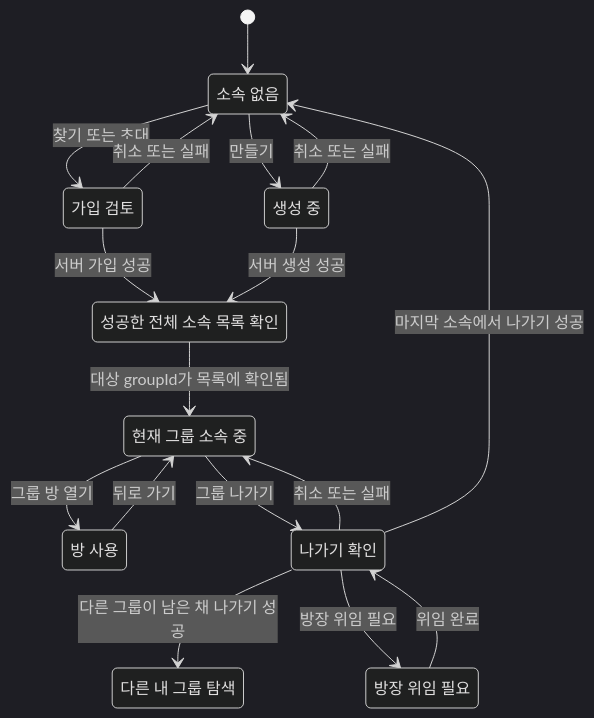
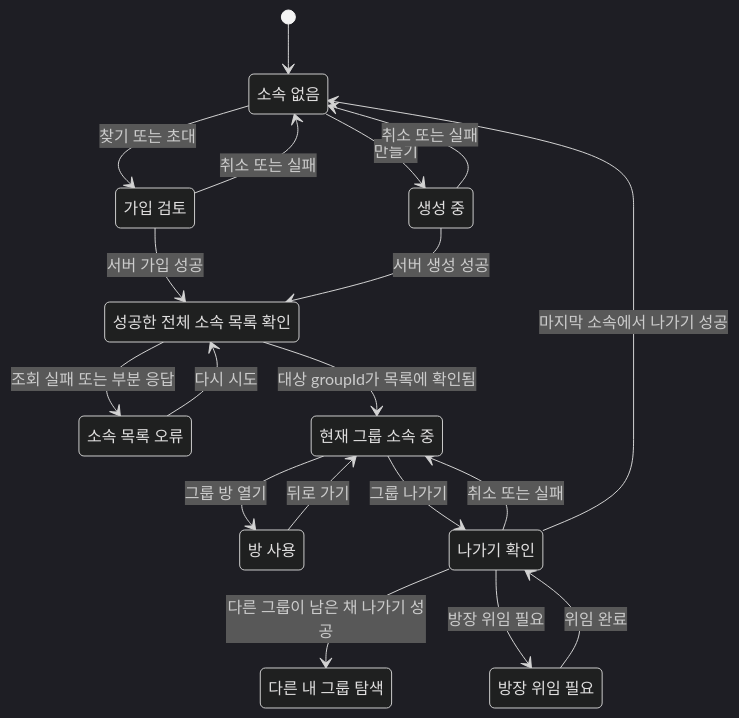
Before and after one commit to OneOrThree/phone: the fourth of 5 diagrams in docs/prd/group/information-architecture.md, drawn with Mermaid (dark theme).

Commit message:
[DOCS] 소속 목록 재조회 실패 전이 보완

````diff
--- a/docs/prd/group/information-architecture.md
+++ b/docs/prd/group/information-architecture.md
@@ -129,30 +129,33 @@
 ```mermaid
 stateDiagram-v2
     state "소속 없음" as None
     state "가입 검토" as Review
     state "생성 중" as Creating
     state "성공한 전체 소속 목록 확인" as Refresh
+    state "소속 목록 오류" as RefreshError
     state "현재 그룹 소속 중" as Active
     state "다른 내 그룹 탐색" as OtherGroups
     state "방 사용" as Room
     state "나가기 확인" as Leaving
     state "방장 위임 필요" as Transfer
 
     [*] --> None
     None --> Review: 찾기 또는 초대
     Review --> Refresh: 서버 가입 성공
     Review --> None: 취소 또는 실패
     None --> Creating: 만들기
     Creating --> Refresh: 서버 생성 성공
     Creating --> None: 취소 또는 실패
     Refresh --> Active: 대상 groupId가 목록에 확인됨
+    Refresh --> RefreshError: 조회 실패 또는 부분 응답
+    RefreshError --> Refresh: 다시 시도
 
     Active --> Room: 그룹 방 열기
     Room --> Active: 뒤로 가기
     Active --> Leaving: 그룹 나가기
     Leaving --> Active: 취소 또는 실패
     Leaving --> None: 마지막 소속에서 나가기 성공
     Leaving --> OtherGroups: 다른 그룹이 남은 채 나가기 성공
     Leaving --> Transfer: 방장 위임 필요
     Transfer --> Leaving: 위임 완료
 ```
````
